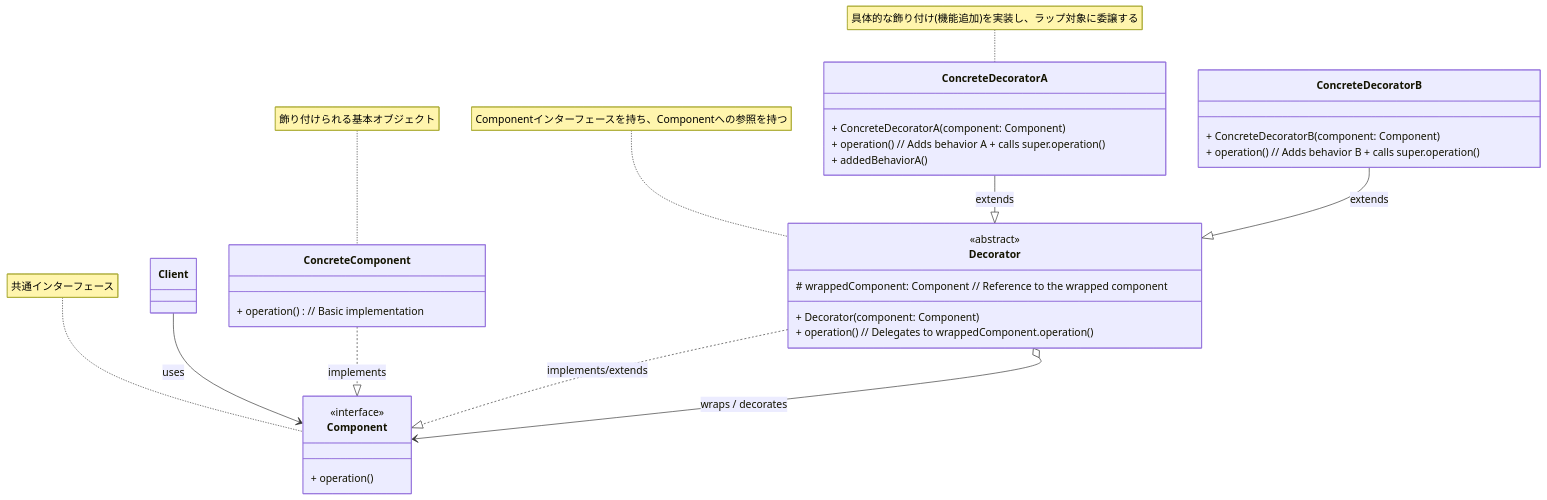
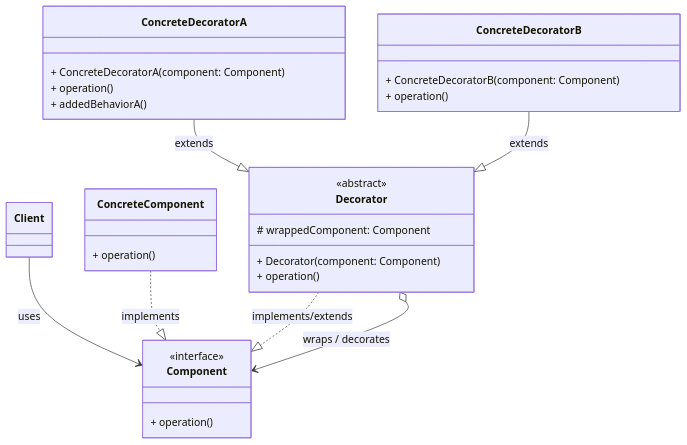
The diagram in ソフトウェア開発/デザインパターン/デザインパターン詳細解説：Decoratorパターン.md (IkuseTohki/EducationalMaterials), drawn with Mermaid before and after one commit. The commit also changed other lines of this file and 2 other files, not shown here.

````diff
--- a/ソフトウェア開発/デザインパターン/デザインパターン詳細解説：Decoratorパターン.md
+++ b/ソフトウェア開発/デザインパターン/デザインパターン詳細解説：Decoratorパターン.md
@@ -130,39 +133,42 @@
 ```mermaid
 classDiagram
     class Client
+    %% 共通インターフェース
     class Component {
         <<interface>>
         + operation()
     }
+    %% 飾り付けられる基本オブジェクト
     class ConcreteComponent {
-        + operation() // Basic implementation
+        %% Basic implementation
+        + operation()
     }
+    %% Componentインターフェースを持ち、Componentへの参照を持つ
     class Decorator {
         <<abstract>>
-        # wrappedComponent: Component // Reference to the wrapped component
+        %% Reference to the wrapped component
+        # wrappedComponent: Component
         + Decorator(component: Component)
-        + operation() // Delegates to wrappedComponent.operation()
+        %% Delegates to wrappedComponent.operation()
+        + operation()
     }
+    %% 具体的な飾り付け(機能追加)を実装し、ラップ対象に委譲する
     class ConcreteDecoratorA {
         + ConcreteDecoratorA(component: Component)
-        + operation() // Adds behavior A + calls super.operation()
+        %% Adds behavior A + calls super.operation()
+        + operation()
         + addedBehaviorA()
     }
     class ConcreteDecoratorB {
         + ConcreteDecoratorB(component: Component)
-        + operation() // Adds behavior B + calls super.operation()
+        %% Adds behavior B + calls super.operation()
+        + operation()
     }
 
     Client --> Component : uses
     ConcreteComponent ..|> Component : implements
     Decorator ..|> Component : implements/extends
     Decorator o--> Component : wraps / decorates
     ConcreteDecoratorA --|> Decorator : extends
     ConcreteDecoratorB --|> Decorator : extends
-
-    note for Component "共通インターフェース"
-    note for ConcreteComponent "飾り付けられる基本オブジェクト"
-    note for Decorator "Componentインターフェースを持ち、Componentへの参照を持つ"
-    note for ConcreteDecoratorA "具体的な飾り付け(機能追加)を実装し、ラップ対象に委譲する"
-
 ```
````
